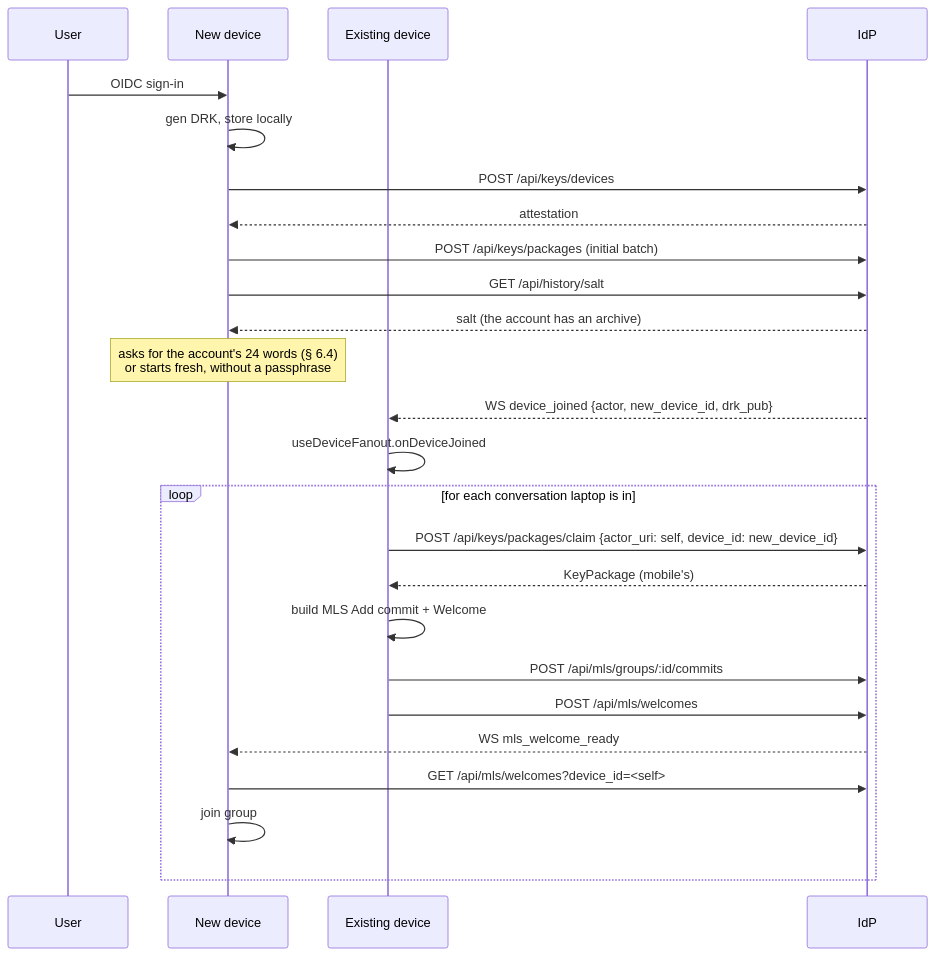
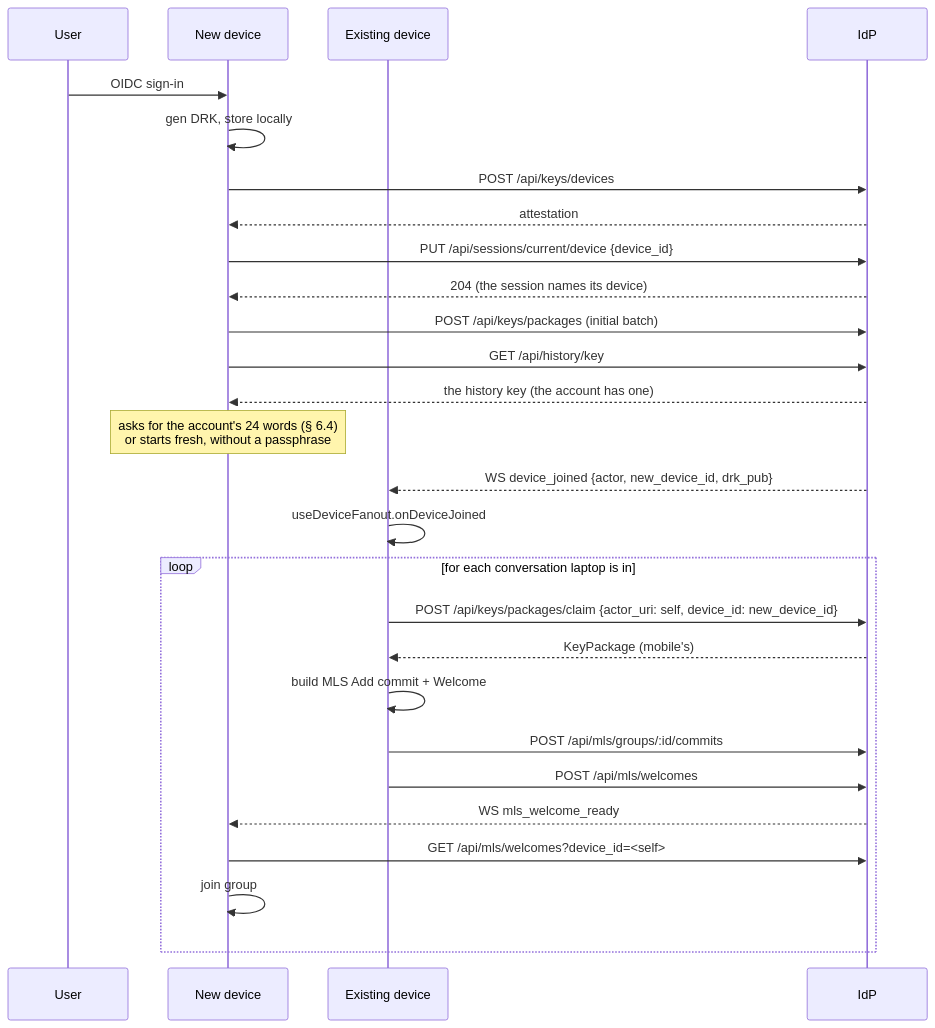
The sixth of 14 diagrams in identity-provider/specs/e2ee.md (Pina-i/pinai), drawn with Mermaid before and after one commit. The commit also changed other lines of this file and 40 other files, not shown here.

````diff
--- a/identity-provider/specs/e2ee.md
+++ b/identity-provider/specs/e2ee.md
@@ -488,28 +560,30 @@
 ```mermaid
 sequenceDiagram
     participant U as User
     participant Mobile as New device
     participant Laptop as Existing device
     participant IdP
 
     U->>Mobile: OIDC sign-in
     Mobile->>Mobile: gen DRK, store locally
     Mobile->>IdP: POST /api/keys/devices
     IdP-->>Mobile: attestation
+    Mobile->>IdP: PUT /api/sessions/current/device {device_id}
+    IdP-->>Mobile: 204 (the session names its device)
     Mobile->>IdP: POST /api/keys/packages (initial batch)
-    Mobile->>IdP: GET /api/history/salt
-    IdP-->>Mobile: salt (the account has an archive)
+    Mobile->>IdP: GET /api/history/key
+    IdP-->>Mobile: the history key (the account has one)
     Note over Mobile: asks for the account's 24 words (§ 6.4)<br/>or starts fresh, without a passphrase
     IdP-->>Laptop: WS device_joined {actor, new_device_id, drk_pub}
     Laptop->>Laptop: useDeviceFanout.onDeviceJoined
     loop for each conversation laptop is in
         Laptop->>IdP: POST /api/keys/packages/claim {actor_uri: self, device_id: new_device_id}
         IdP-->>Laptop: KeyPackage (mobile's)
         Laptop->>Laptop: build MLS Add commit + Welcome
         Laptop->>IdP: POST /api/mls/groups/:id/commits
         Laptop->>IdP: POST /api/mls/welcomes
         IdP-->>Mobile: WS mls_welcome_ready
         Mobile->>IdP: GET /api/mls/welcomes?device_id=<self>
         Mobile->>Mobile: join group
     end
 ```
````
